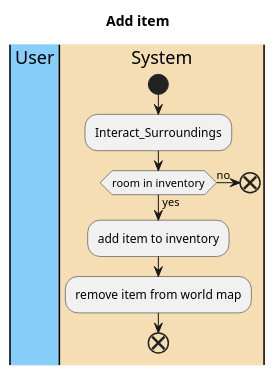
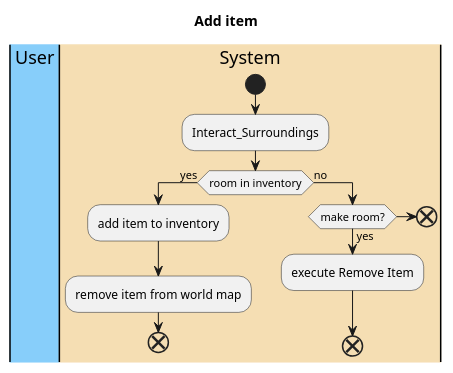
One commit to emutchek/MaraudersAtSea changed the second of 3 diagrams in CMPU_203_PirateGame/doc/use-cases/Manage_Inventory.md. Above: the diagram before and after it, drawn with PlantUML. The commit also changed other lines of this file and 2 other files, not shown here.

````diff
--- a/CMPU_203_PirateGame/doc/use-cases/Manage_Inventory.md
+++ b/CMPU_203_PirateGame/doc/use-cases/Manage_Inventory.md
@@ -55,18 +61,23 @@
 ```PlantUML
 @startuml
 title Add item
 |#LightSkyBlue|User|
 |#Wheat|System|
 
 |System|
 start
 :Interact_Surroundings;
 if(room in inventory) then (yes)
-:add item to inventory;
-:remove item from world map;
+    :add item to inventory;
+    :remove item from world map;
 end
 else (no)
+    if(make room?) then (yes)
+            :execute Remove Item;
+        else
+            end
+        endif 
 end
     
 @enduml
 ```
````
